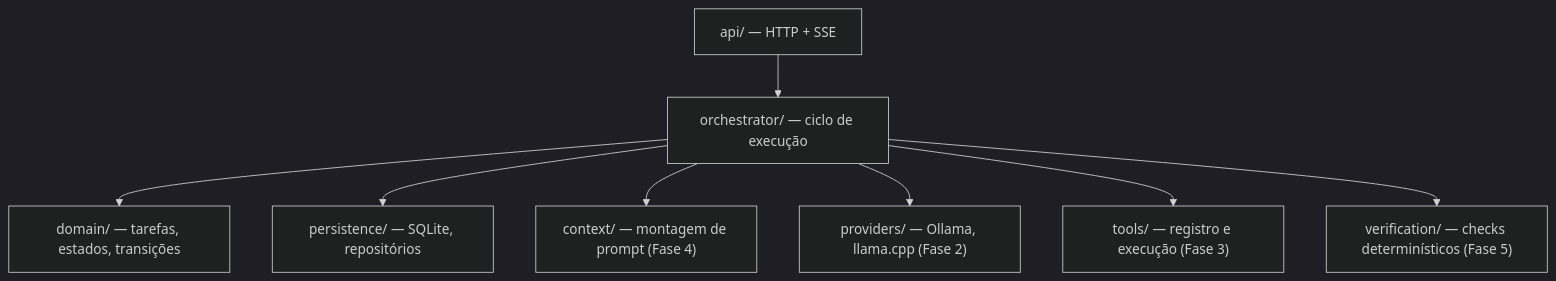
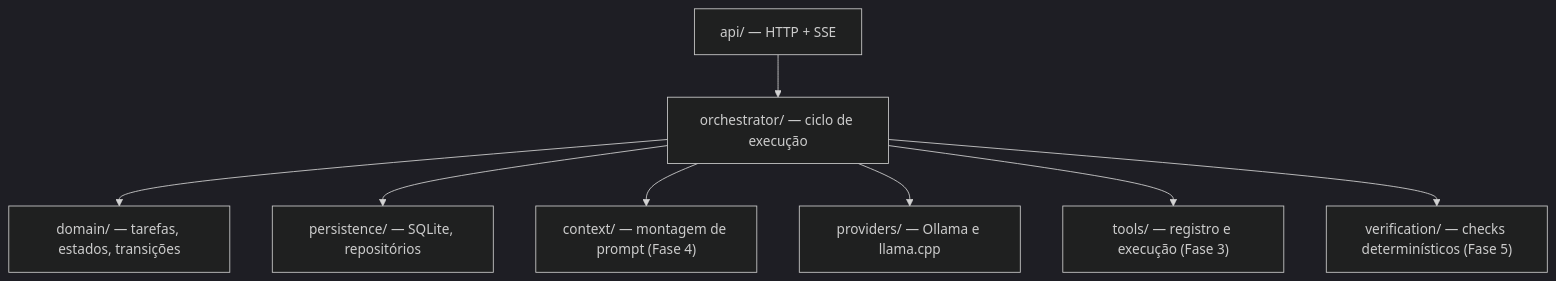
One commit to HidekiNishida/Callidus changed the diagram in docs/architecture/visao-geral.md. Above: the diagram before and after it, drawn with Mermaid (dark theme). The commit also changed 9 other files, not shown here.

First line of the commit message:
Liga o llama.cpp no ciclo do agente e no seletor da interface.

````diff
--- a/docs/architecture/visao-geral.md
+++ b/docs/architecture/visao-geral.md
@@ -23,18 +23,18 @@
 ```mermaid
 flowchart TB
   API["api/ — HTTP + SSE"]
   ORCH["orchestrator/ — ciclo de execução"]
   DOM["domain/ — tarefas, estados, transições"]
   PERS["persistence/ — SQLite, repositórios"]
   CTX["context/ — montagem de prompt (Fase 4)"]
-  PROV["providers/ — Ollama, llama.cpp (Fase 2)"]
+  PROV["providers/ — Ollama e llama.cpp"]
   TOOLS["tools/ — registro e execução (Fase 3)"]
   VER["verification/ — checks determinísticos (Fase 5)"]
   API --> ORCH
   ORCH --> DOM
   ORCH --> PERS
   ORCH --> CTX
   ORCH --> PROV
   ORCH --> TOOLS
   ORCH --> VER
 ```
````
